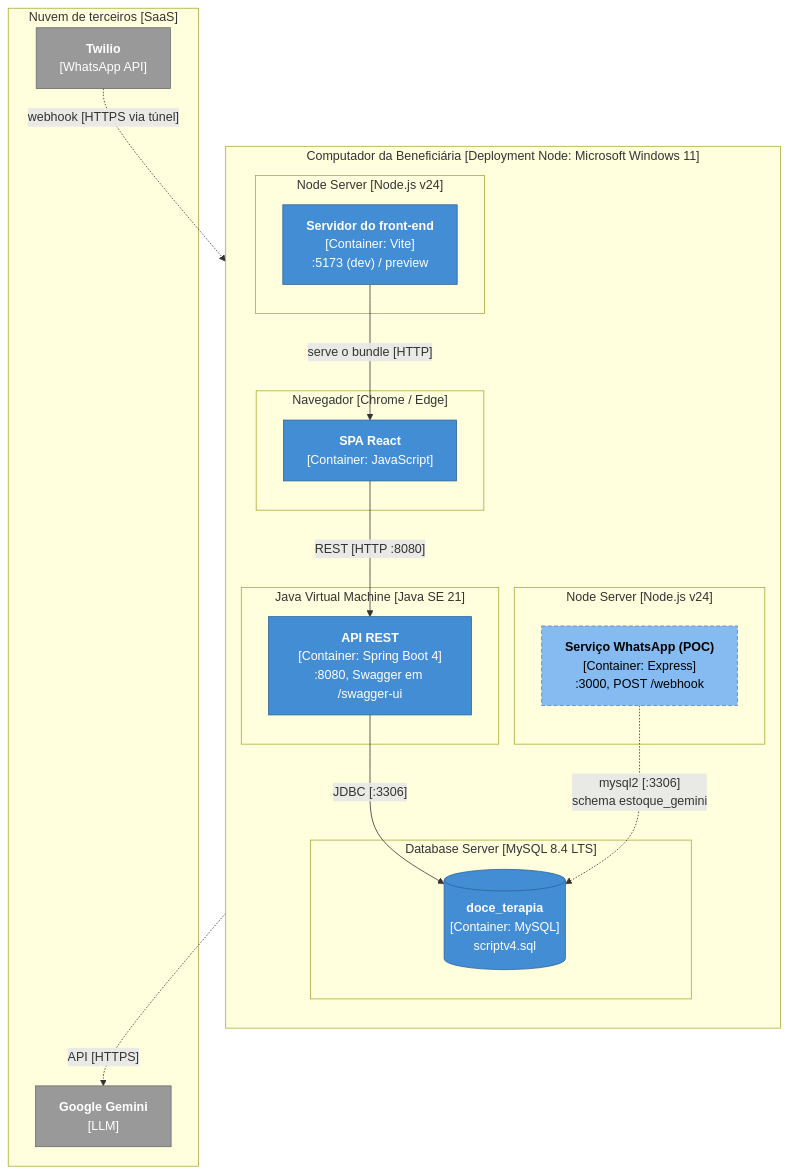
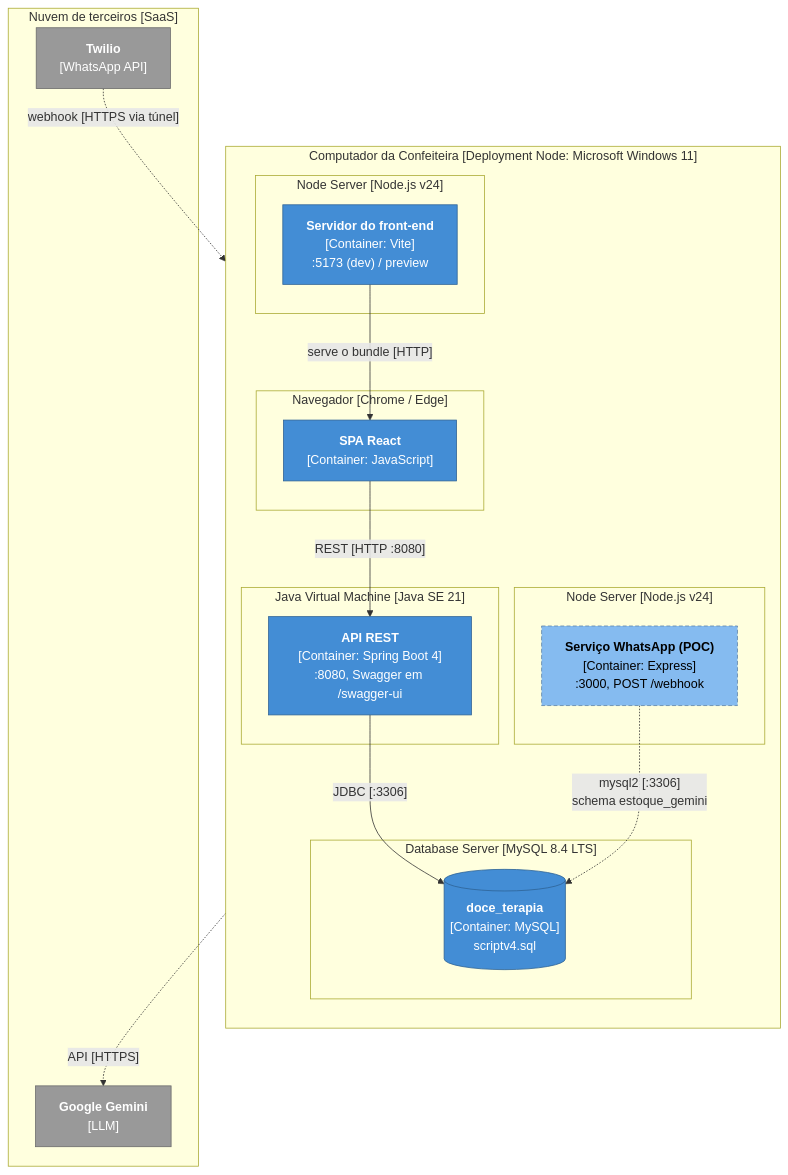
Before and after one commit to projeto-doceterapia/documentacao: the seventh of 8 diagrams in docs/10-arquitetura/02-c4-model.md, drawn with Mermaid. The commit also changed other lines of this file and 18 other files, not shown here.

````diff
--- a/docs/10-arquitetura/02-c4-model.md
+++ b/docs/10-arquitetura/02-c4-model.md
@@ -171,36 +171,36 @@
 ```mermaid
 flowchart TB
-    subgraph pc["Computador da Beneficiária [Deployment Node: Microsoft Windows 11]"]
+    subgraph pc["Computador da Confeiteira [Deployment Node: Microsoft Windows 11]"]
         direction TB
         subgraph br["Navegador [Chrome / Edge]"]
             spa["<b>SPA React</b><br/>[Container: JavaScript]"]:::container
         end
         subgraph n1["Node Server [Node.js v24]"]
             vite["<b>Servidor do front-end</b><br/>[Container: Vite]<br/>:5173 (dev) / preview"]:::container
         end
         subgraph jvm["Java Virtual Machine [Java SE 21]"]
             api["<b>API REST</b><br/>[Container: Spring Boot 4]<br/>:8080, Swagger em /swagger-ui"]:::container
         end
         subgraph dbs["Database Server [MySQL 8.4 LTS]"]
             db[("<b>doce_terapia</b><br/>[Container: MySQL]<br/>scriptv4.sql")]:::container
         end
         subgraph n2["Node Server [Node.js v24]"]
             poc["<b>Serviço WhatsApp (POC)</b><br/>[Container: Express]<br/>:3000, POST /webhook"]:::poc
         end
     end
     subgraph cloud["Nuvem de terceiros [SaaS]"]
         tw["<b>Twilio</b><br/>[WhatsApp API]"]:::external
         gm["<b>Google Gemini</b><br/>[LLM]"]:::external
     end
 
     vite -- "serve o bundle [HTTP]" --> spa
     spa -- "REST [HTTP :8080]" --> api
     api -- "JDBC [:3306]" --> db
     tw -. "webhook [HTTPS via túnel]" .-> poc
     poc -. "API [HTTPS]" .-> gm
     poc -. "mysql2 [:3306]<br/>schema estoque_gemini" .-> db
 
     classDef container fill:#438dd5,stroke:#2e6295,color:#fff
     classDef poc fill:#85bbf0,stroke:#5d82a8,color:#000,stroke-dasharray:5 3
     classDef external fill:#999,stroke:#6b6b6b,color:#fff
 ```
````
